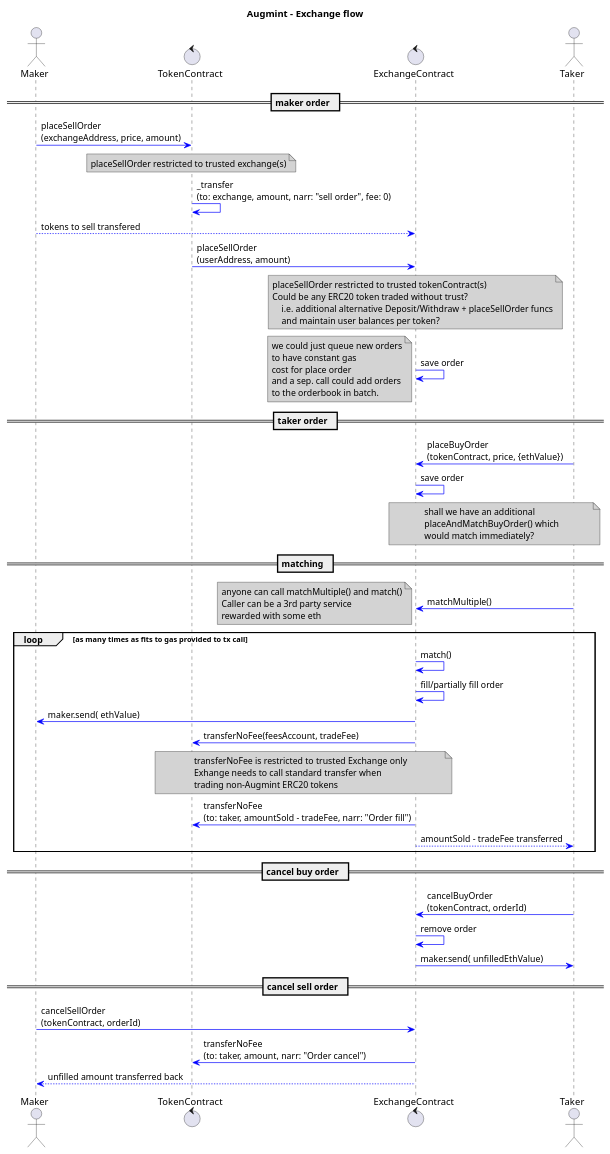
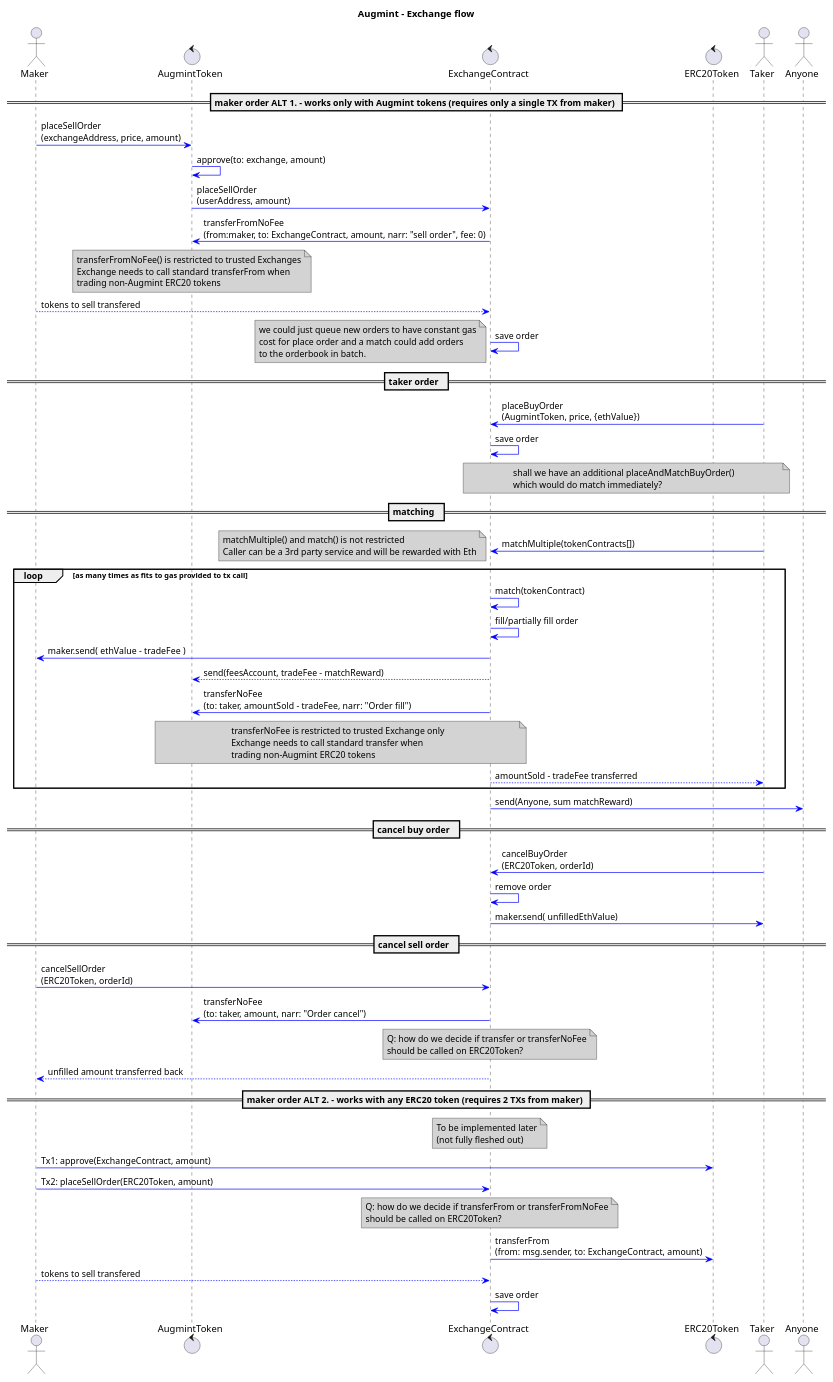
Before and after one commit to Augmint/augmint-web: the diagram in docs/exchangeFlow.plantuml, drawn with PlantUML. The commit also changed 3 other files, not shown here.

Commit message:
Loan and Exchange sequence diagrams updated

```diff
--- a/docs/exchangeFlow.plantuml
+++ b/docs/exchangeFlow.plantuml
@@ -1,67 +1,82 @@
 @startuml
 title **Augmint** - Exchange flow
 skinparam ArrowColor #blue
 skinparam noteBackgroundColor #lightgrey
 actor Maker
-control TokenContract
+control AugmintToken
 control ExchangeContract
+control ERC20Token
 actor Taker
-== maker order  ==
-Maker -> TokenContract : placeSellOrder\n(exchangeAddress, price, amount)
-note over TokenContract 
-    placeSellOrder restricted to trusted exchange(s)
+actor Anyone
+== maker order ALT 1. - works only with Augmint tokens (requires only a single TX from maker) ==
+Maker -> AugmintToken : placeSellOrder\n(exchangeAddress, price, amount)
+AugmintToken -> AugmintToken : approve(to: exchange, amount)
+AugmintToken -> ExchangeContract : placeSellOrder\n(userAddress, amount)
+ExchangeContract -> AugmintToken : transferFromNoFee\n(from:maker, to: ExchangeContract, amount, narr: "sell order", fee: 0)
+note over AugmintToken
+    transferFromNoFee() is restricted to trusted Exchanges
+    Exchange needs to call standard transferFrom when
+    trading non-Augmint ERC20 tokens
 end note
-TokenContract -> TokenContract : _transfer\n(to: exchange, amount, narr: "sell order", fee: 0)
 Maker --> ExchangeContract : tokens to sell transfered
-TokenContract -> ExchangeContract : placeSellOrder\n(userAddress, amount)
-note over ExchangeContract
-    placeSellOrder restricted to trusted tokenContract(s)
-    Could be any ERC20 token traded without trust?
-        i.e. additional alternative Deposit/Withdraw + placeSellOrder funcs
-        and maintain user balances per token?
-end note
 ExchangeContract -> ExchangeContract : save order
 note left
-    we could just queue new orders
-    to have constant gas
-    cost for place order
-    and a sep. call could add orders
+    we could just queue new orders to have constant gas
+    cost for place order and a match could add orders
     to the orderbook in batch.
 end note
 == taker order  ==
-Taker -> ExchangeContract : placeBuyOrder\n(tokenContract, price, {ethValue})
+Taker -> ExchangeContract : placeBuyOrder\n(AugmintToken, price, {ethValue})
 ExchangeContract -> ExchangeContract : save order
 note over ExchangeContract, Taker
-    shall we have an additional
-    placeAndMatchBuyOrder() which
-    would match immediately?
+    shall we have an additional placeAndMatchBuyOrder()
+    which would do match immediately?
 end note
 == matching  ==
-Taker -> ExchangeContract : matchMultiple()
+Taker -> ExchangeContract : matchMultiple(tokenContracts[])
 note left
-    anyone can call matchMultiple() and match()
-    Caller can be a 3rd party service
-    rewarded with some eth
+    matchMultiple() and match() is not restricted
+    Caller can be a 3rd party service and will be rewarded with Eth
 end note
 loop as many times as fits to gas provided to tx call
-    ExchangeContract -> ExchangeContract : match()
+    ExchangeContract -> ExchangeContract : match(tokenContract)
     ExchangeContract -> ExchangeContract : fill/partially fill order
-    ExchangeContract -> Maker : maker.send( ethValue)
-    ExchangeContract -> TokenContract : transferNoFee(feesAccount, tradeFee)
-    note over TokenContract, ExchangeContract
+    ExchangeContract -> Maker : maker.send( ethValue - tradeFee )
+    ExchangeContract --> AugmintToken : send(feesAccount, tradeFee - matchReward)
+    ExchangeContract -> AugmintToken : transferNoFee\n(to: taker, amountSold - tradeFee, narr: "Order fill")
+    note over AugmintToken, ExchangeContract
         transferNoFee is restricted to trusted Exchange only
-        Exhange needs to call standard transfer when
+        Exchange needs to call standard transfer when
         trading non-Augmint ERC20 tokens
     end note
-    ExchangeContract -> TokenContract : transferNoFee\n(to: taker, amountSold - tradeFee, narr: "Order fill")
     ExchangeContract --> Taker : amountSold - tradeFee transferred
 end
+ExchangeContract -> Anyone : send(Anyone, sum matchReward)
 == cancel buy order  ==
-Taker -> ExchangeContract : cancelBuyOrder\n(tokenContract, orderId)
+Taker -> ExchangeContract : cancelBuyOrder\n(ERC20Token, orderId)
 ExchangeContract -> ExchangeContract : remove order
 ExchangeContract -> Taker : maker.send( unfilledEthValue)
 == cancel sell order  ==
-Maker -> ExchangeContract : cancelSellOrder\n(tokenContract, orderId)
-ExchangeContract -> TokenContract : transferNoFee\n(to: taker, amount, narr: "Order cancel")
+Maker -> ExchangeContract : cancelSellOrder\n(ERC20Token, orderId)
+ExchangeContract -> AugmintToken : transferNoFee\n(to: taker, amount, narr: "Order cancel")
+note over ExchangeContract
+ Q: how do we decide if transfer or transferNoFee
+ should be called on ERC20Token?
+end note
 ExchangeContract --> Maker : unfilled amount transferred back
+== maker order ALT 2. - works with any ERC20 token (requires 2 TXs from maker) ==
+note over ExchangeContract
+    To be implemented later
+    (not fully fleshed out)
+end note
+Maker -> ERC20Token : Tx1: approve(ExchangeContract, amount)
+Maker -> ExchangeContract : Tx2: placeSellOrder(ERC20Token, amount)
+note over ExchangeContract
+ Q: how do we decide if transferFrom or transferFromNoFee
+ should be called on ERC20Token?
+end note
+ExchangeContract -> ERC20Token : transferFrom\n(from: msg.sender, to: ExchangeContract, amount)
+Maker --> ExchangeContract : tokens to sell transfered
+ExchangeContract -> ExchangeContract : save order
+
 @enduml
```
